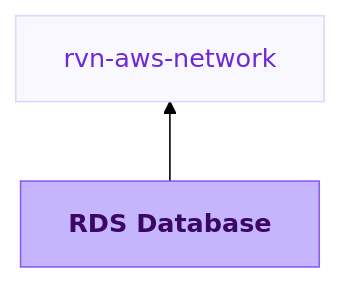
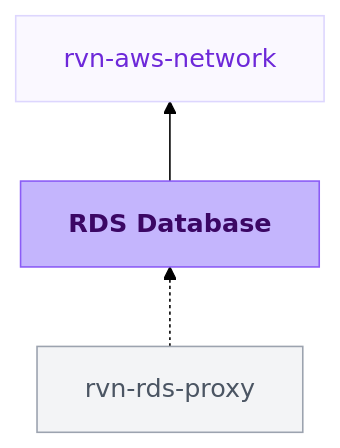
One commit to flightcontrolhq/docs changed the diagram in module-definitions/catalog/rvn-rds.mdx. Above: the diagram before and after it, drawn with Mermaid (forest theme). The commit also changed other lines of this file and 5 other files, not shown here.

Commit message:
chore: sync module catalog docs

````diff
--- a/module-definitions/catalog/rvn-rds.mdx
+++ b/module-definitions/catalog/rvn-rds.mdx
@@ -16,14 +16,17 @@
 ```mermaid
 flowchart BT
-  rvn_rds["<strong>RDS Database</strong>"] --> rvn_aws_network["rvn-aws-network"]
+  rvn_rds_proxy["rvn-rds-proxy"] -.-> rvn_rds["<strong>RDS Database</strong>"]
+  rvn_rds --> rvn_aws_network["rvn-aws-network"]
 
   class rvn_rds current
   class rvn_aws_network dependency
+  class rvn_rds_proxy consumer
 
   classDef current fill:#C4B5FD,stroke:#8B5CF6,color:#3B0764
   classDef dependency fill:#FAF8FF,stroke:#DDD6FE,color:#6D28D9
   classDef consumer fill:#F3F4F6,stroke:#9CA3AF,color:#4B5563
   classDef upstream fill:#F8FAFC,stroke:#CBD5E1,color:#94A3B8
 
+  click rvn_rds_proxy "/module-definitions/catalog/rvn-rds-proxy" "Open rvn-rds-proxy docs"
   click rvn_aws_network "/module-definitions/catalog/rvn-aws-network" "Open rvn-aws-network docs"
 ```
````
